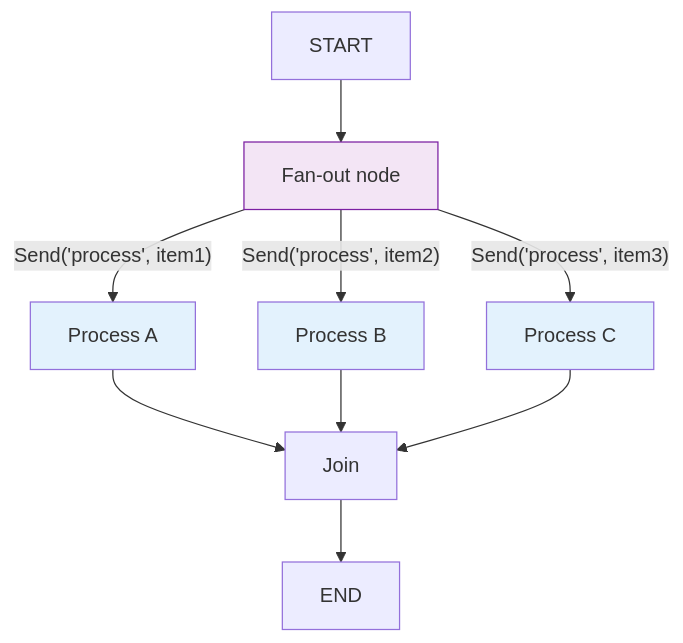
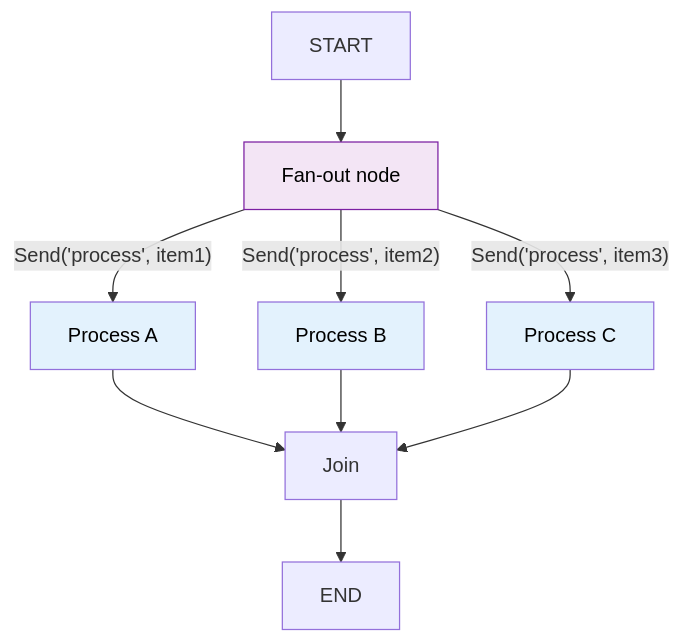
Before and after one commit to remolaan/Agentic-AI-Cookbook: the diagram in 29_send_api_langgraph/README.md, drawn with Mermaid. The commit also changed 45 other files, not shown here.

Commit message:
Fix Mermaid diagram text colors for readability across all READMEs

````diff
--- a/29_send_api_langgraph/README.md
+++ b/29_send_api_langgraph/README.md
@@ -7,15 +7,15 @@
 ```mermaid
 flowchart TD
     S["START"] --> F["Fan-out node"]
     F -->|"Send('process', item1)"| P1["Process A"]
     F -->|"Send('process', item2)"| P2["Process B"]
     F -->|"Send('process', item3)"| P3["Process C"]
     P1 --> J["Join"]
     P2 --> J
     P3 --> J
     J --> E["END"]
-    style F fill:#f3e5f5,stroke:#7b1fa2
-    style P1 fill:#e3f2fd
-    style P2 fill:#e3f2fd
-    style P3 fill:#e3f2fd
+    style F fill:#f3e5f5,stroke:#7b1fa2,color:#000000
+    style P1 fill:#e3f2fd,color:#000000
+    style P2 fill:#e3f2fd,color:#000000
+    style P3 fill:#e3f2fd,color:#000000
 ```
````
